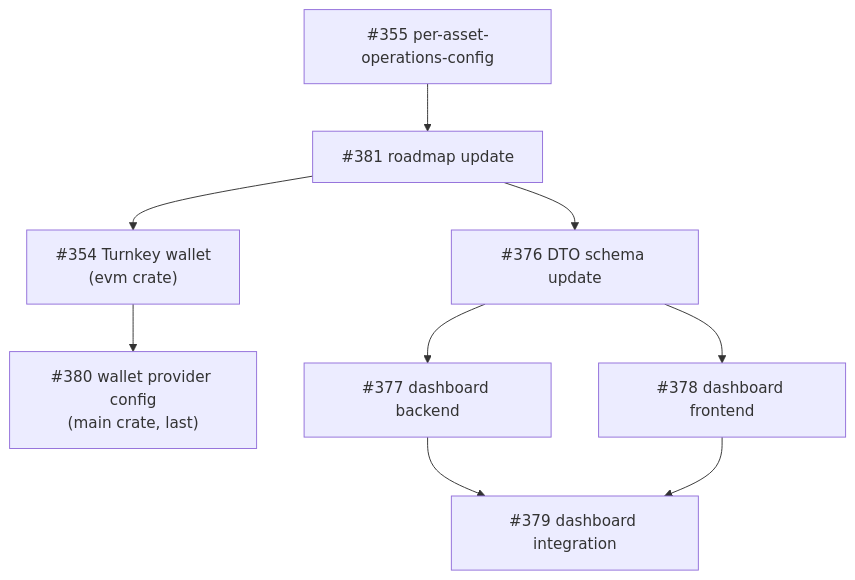
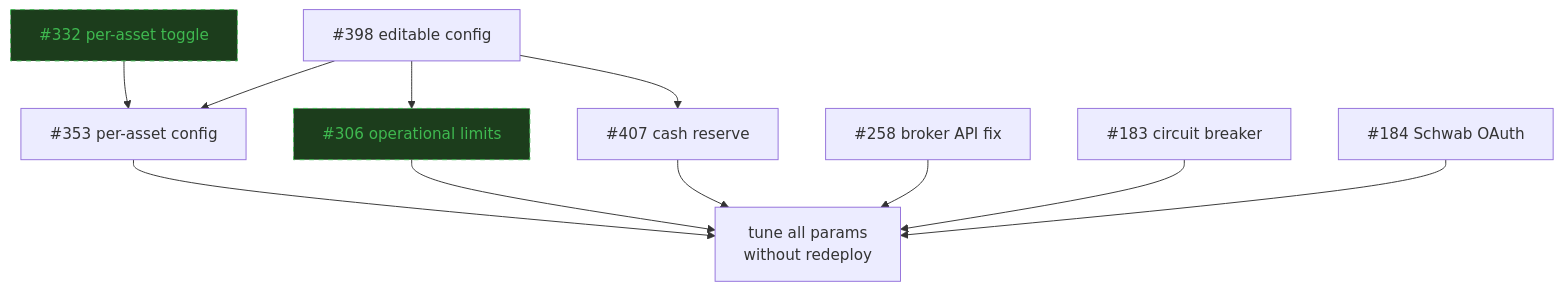
Before and after one commit to ST0x-Technology/st0x.liquidity: the third of 16 diagrams in ROADMAP.md, drawn with Mermaid. The commit also changed other lines of this file, not shown here.

````diff
--- a/ROADMAP.md
+++ b/ROADMAP.md
@@ -11,11 +82,12 @@
 ```mermaid
 graph TD
-    A["#355 per-asset-operations-config"] --> B["#381 roadmap update"]
-    B --> C["#354 Turnkey wallet<br/>(evm crate)"]
-    B --> D["#376 DTO schema update"]
-    C --> E["#380 wallet provider config<br/>(main crate, last)"]
-    D --> F["#377 dashboard backend"]
-    D --> G["#378 dashboard frontend"]
-    F --> H["#379 dashboard integration"]
-    G --> H
+    classDef done fill:#1c3d1c,stroke:#3fb950,color:#3fb950,stroke-dasharray:5 5
+    TOGGLE["#332 per-asset toggle"]:::done --> ASSET["#353 per-asset config"]
+    EDIT["#398 editable config"] --> ASSET
+    EDIT --> LIMITS["#306 operational limits"]:::done
+    EDIT --> RESERVE["#407 cash reserve"]
+    BUG["#258 broker API fix"]
+    CIRCUIT["#183 circuit breaker"]
+    OAUTH["#184 Schwab OAuth"]
+    ASSET & LIMITS & RESERVE & BUG & CIRCUIT & OAUTH --> GOAL["tune all params<br/>without redeploy"]
 ```
````
